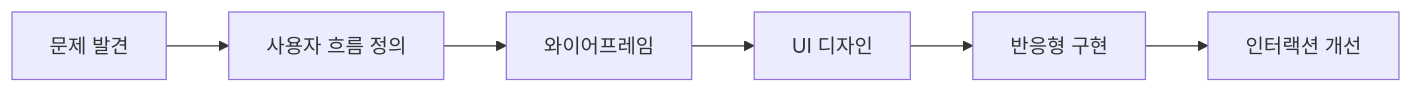
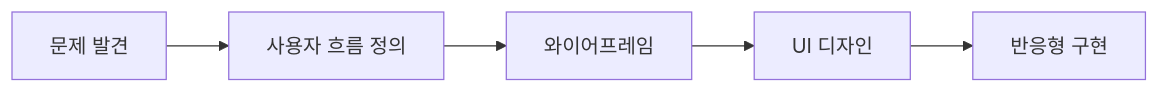
One commit to hyunjaeha/moodget changed the fifth of 5 diagrams in README.md. Above: the diagram before and after it, drawn with Mermaid.

Commit message:
README 수정

````diff
--- a/README.md
+++ b/README.md
@@ -188,8 +188,7 @@
 ```mermaid
 flowchart LR
     A[문제 발견] --> B[사용자 흐름 정의]
     B --> C[와이어프레임]
     C --> D[UI 디자인]
     D --> E[반응형 구현]
-    E --> F[인터랙션 개선]
 ```
````
